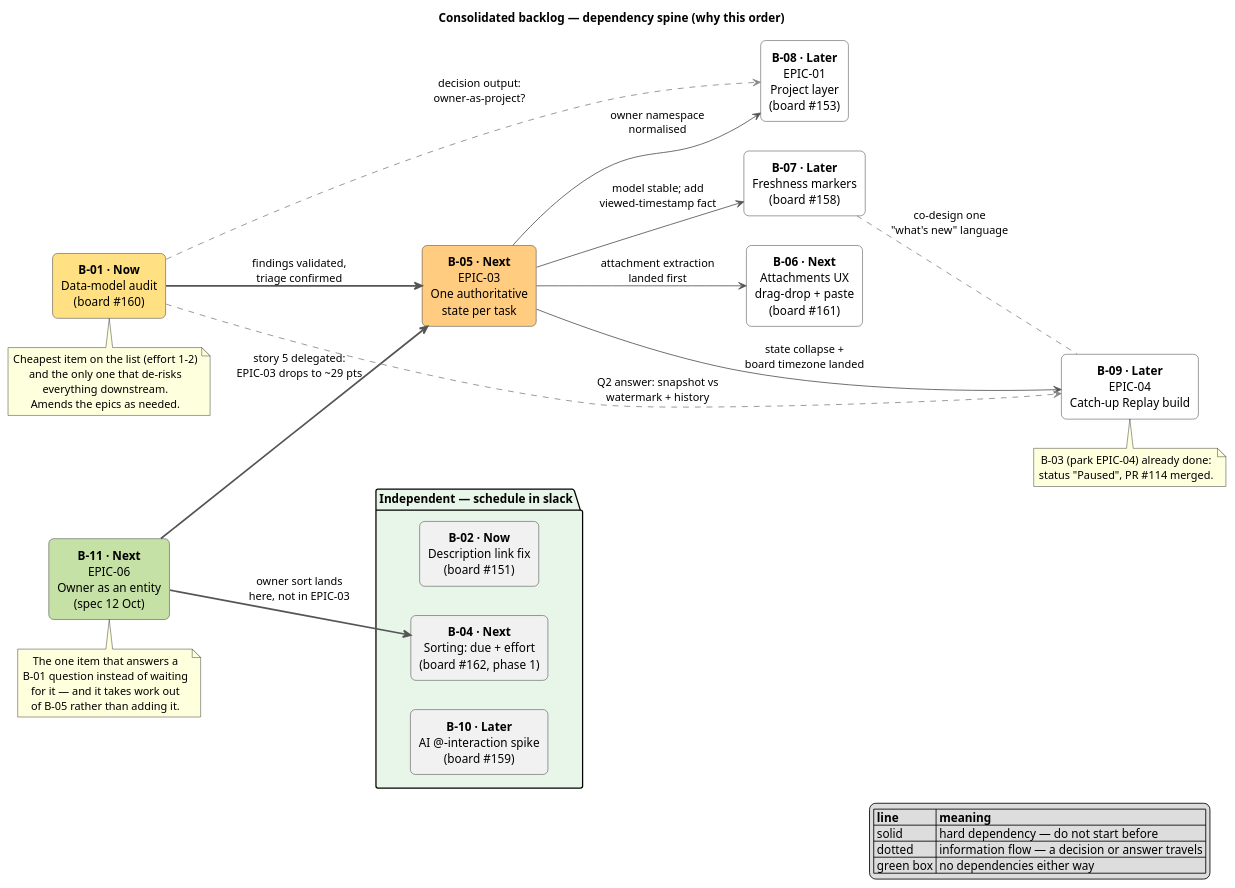
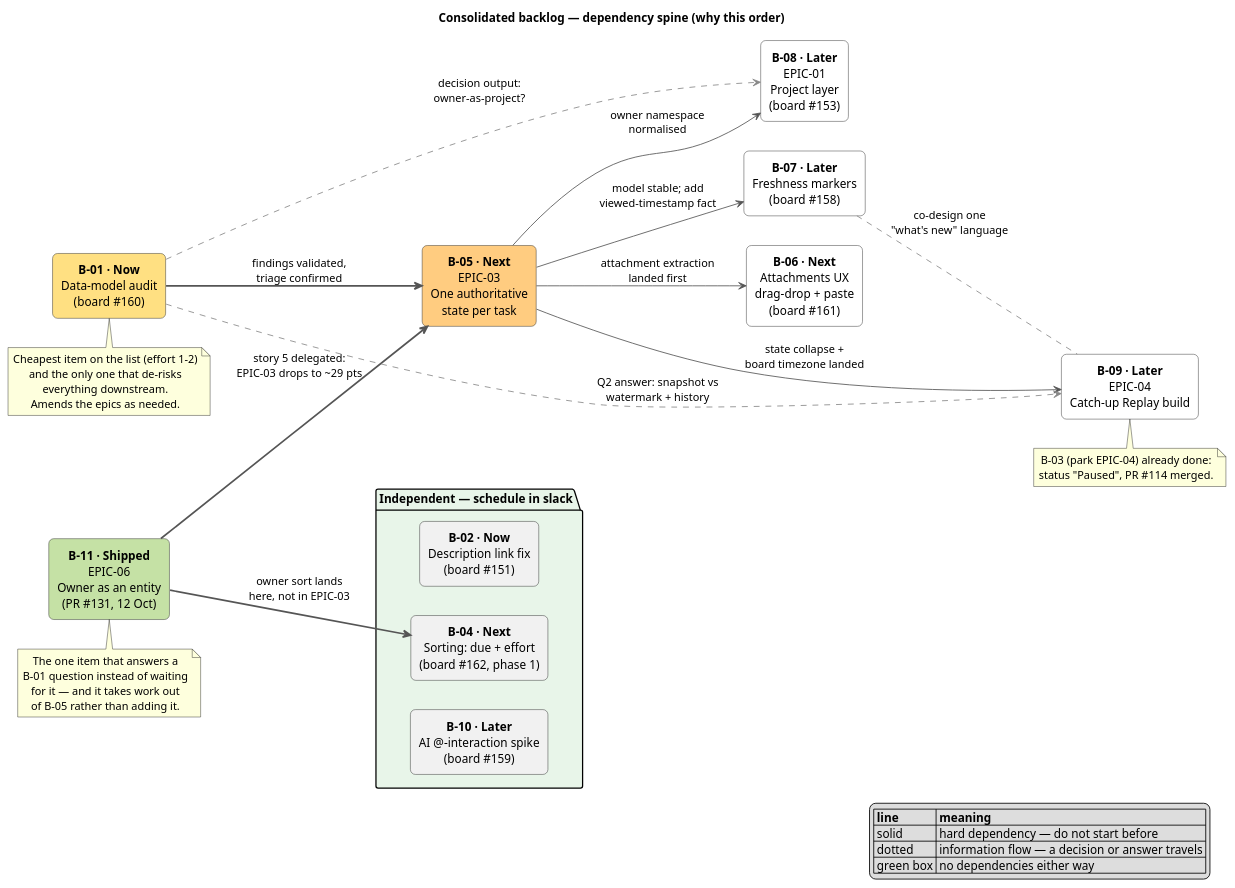
Before and after one commit to DRCUOA/kanban-local1: the diagram in docs/BACKLOG.md, drawn with PlantUML. The commit also changed other lines of this file and 2 other files, not shown here.

First line of the commit message:
docs: add a change control register and bring the backlog up to 21 Oct

````diff
--- a/docs/BACKLOG.md
+++ b/docs/BACKLOG.md
@@ -181,62 +214,62 @@
 ```plantuml
 @startuml
 title Consolidated backlog — dependency spine (why this order)
 left to right direction
 skinparam shadowing false
 skinparam rectangleRoundCorner 12
 skinparam ArrowColor #555555
 skinparam defaultTextAlignment center
 
 rectangle "**B-01 · Now**\nData-model audit\n(board #160)" as B01 #FFE082
 rectangle "**B-05 · Next**\nEPIC-03\nOne authoritative\nstate per task" as B05 #FFCC80
 rectangle "**B-06 · Next**\nAttachments UX\ndrag-drop + paste\n(board #161)" as B06 #FFFFFF
 rectangle "**B-08 · Later**\nEPIC-01\nProject layer\n(board #153)" as B08 #FFFFFF
 rectangle "**B-09 · Later**\nEPIC-04\nCatch-up Replay build" as B09 #FFFFFF
 rectangle "**B-07 · Later**\nFreshness markers\n(board #158)" as B07 #FFFFFF
-rectangle "**B-11 · Next**\nEPIC-06\nOwner as an entity\n(spec 12 Oct)" as B11 #C5E1A5
+rectangle "**B-11 · Shipped**\nEPIC-06\nOwner as an entity\n(PR #131, 12 Oct)" as B11 #C5E1A5
 
 package "Independent — schedule in slack" #E8F5E9 {
   rectangle "**B-02 · Now**\nDescription link fix\n(board #151)" as B02
   rectangle "**B-04 · Next**\nSorting: due + effort\n(board #162, phase 1)" as B04
   rectangle "**B-10 · Later**\nAI @-interaction spike\n(board #159)" as B10
 }
 
 B01 -[bold]-> B05 : findings validated,\ntriage confirmed
 B05 --> B06 : attachment extraction\nlanded first
 B05 --> B08 : owner namespace\nnormalised
 B05 --> B09 : state collapse +\nboard timezone landed
 B05 --> B07 : model stable; add\nviewed-timestamp fact
 
 B11 -[bold]-> B05 : story 5 delegated:\nEPIC-03 drops to ~29 pts
 B11 -[bold]-> B04 : owner sort lands\nhere, not in EPIC-03
 B01 .[#888888].> B08 : decision output:\nowner-as-project?
 B01 .[#888888].> B09 : Q2 answer: snapshot vs\nwatermark + history
 B07 .[#888888]. B09 : co-design one\n"what's new" language
 
 note bottom of B01
   Cheapest item on the list (effort 1–2)
   and the only one that de-risks
   everything downstream.
   Amends the epics as needed.
 end note
 
 note bottom of B09
   B-03 (park EPIC-04) already done:
   status "Paused", PR #114 merged.
 end note
 
 note bottom of B11
   The one item that answers a
   B-01 question instead of waiting
   for it — and it takes work out
   of B-05 rather than adding it.
 end note
 
 legend right
   |= line |= meaning |
   | solid | hard dependency — do not start before |
   | dotted | information flow — a decision or answer travels |
   | green box | no dependencies either way |
 endlegend
 @enduml
 ```
````
